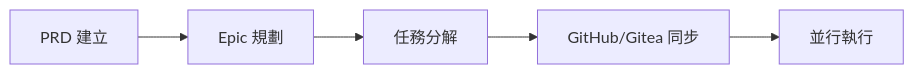
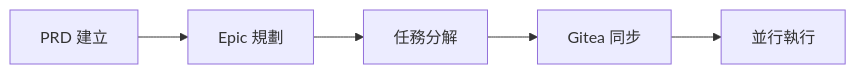
The diagram in README-TW.md (Ricemug/ccpm-gitea), drawn with Mermaid before and after one commit. The commit also changed other lines of this file and 1 other file, not shown here.

First line of the commit message:
docs: Update Chinese READMEs to match Gitea-only version

````diff
--- a/README-TW.md
+++ b/README-TW.md
@@ -55,7 +58,7 @@
 ```mermaid
 graph LR
     A[PRD 建立] --> B[Epic 規劃]
     B --> C[任務分解]
-    C --> D[GitHub/Gitea 同步]
+    C --> D[Gitea 同步]
     D --> E[並行執行]
 ```
````
